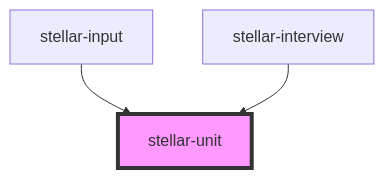
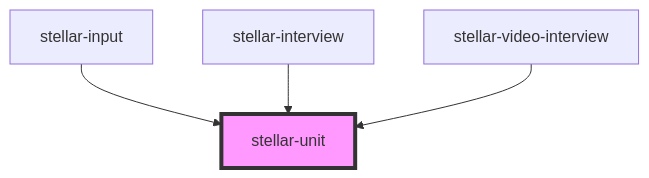
One commit to splitinfinities/Stellar changed the diagram in src/components/helpers/unit/readme.md. Above: the diagram before and after it, drawn with Mermaid. The commit also changed other lines of this file and 26 other files, not shown here.

````diff
--- a/src/components/helpers/unit/readme.md
+++ b/src/components/helpers/unit/readme.md
@@ -27,6 +28,7 @@
 ```mermaid
 graph TD;
   stellar-input --> stellar-unit
   stellar-interview --> stellar-unit
+  stellar-video-interview --> stellar-unit
   style stellar-unit fill:#f9f,stroke:#333,stroke-width:4px
 ```
````
